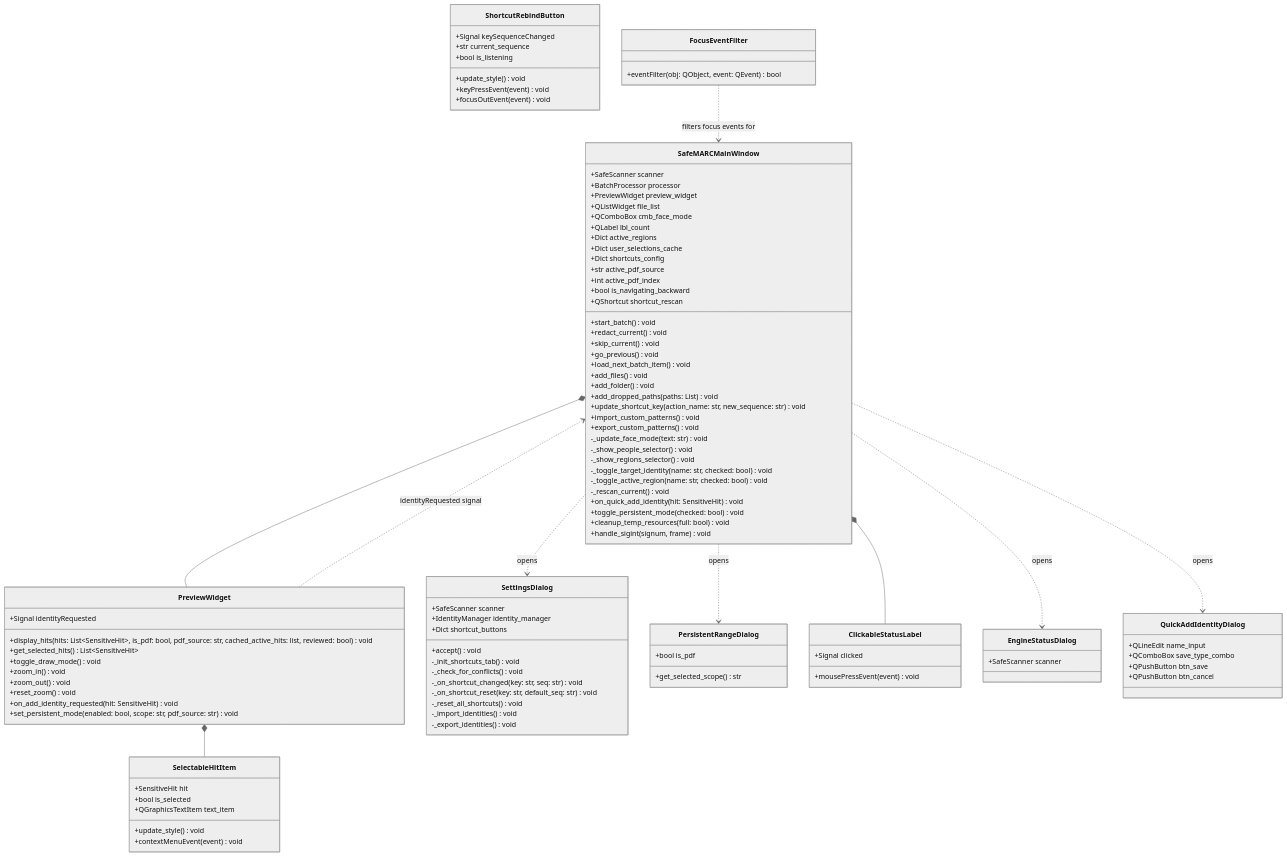
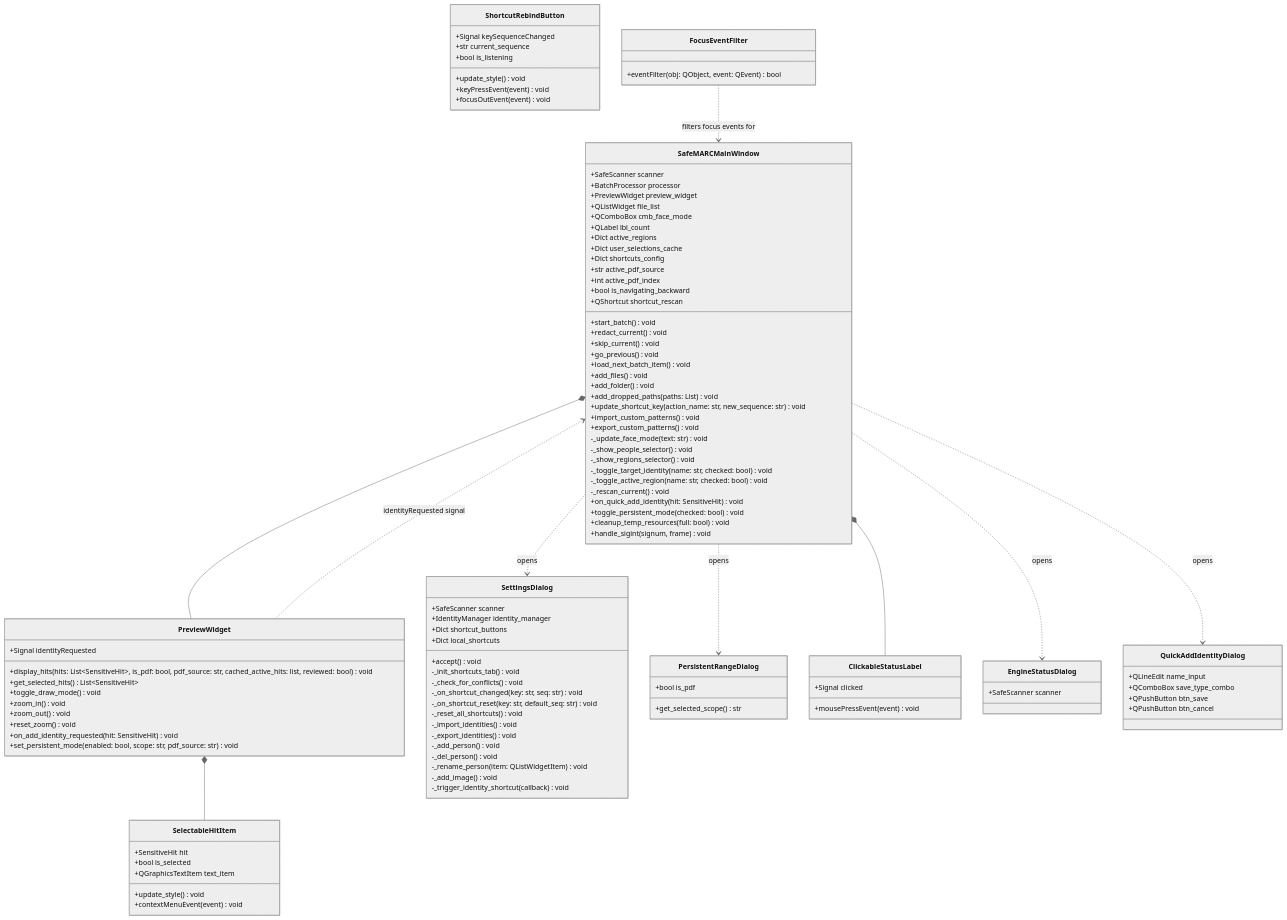
The third of 3 diagrams in docs/architecture/uml_classes.md (FurqanHun/SafeMARC), drawn with Mermaid (neutral theme) before and after one commit. The commit also changed 3 other files, not shown here.

Commit message:
docs: update UML, use cases, workflows, and tests matrix documentation

```diff
--- a/docs/architecture/uml_classes.md
+++ b/docs/architecture/uml_classes.md
@@ -189,6 +189,7 @@
         +SafeScanner scanner
         +IdentityManager identity_manager
         +Dict shortcut_buttons
+        +Dict local_shortcuts
         +accept() void
         -_init_shortcuts_tab() void
         -_check_for_conflicts() void
@@ -197,6 +198,11 @@
         -_reset_all_shortcuts() void
         -_import_identities() void
         -_export_identities() void
+        -_add_person() void
+        -_del_person() void
+        -_rename_person(item: QListWidgetItem) void
+        -_add_image() void
+        -_trigger_identity_shortcut(callback) void
     }
 
     class ShortcutRebindButton {
```
